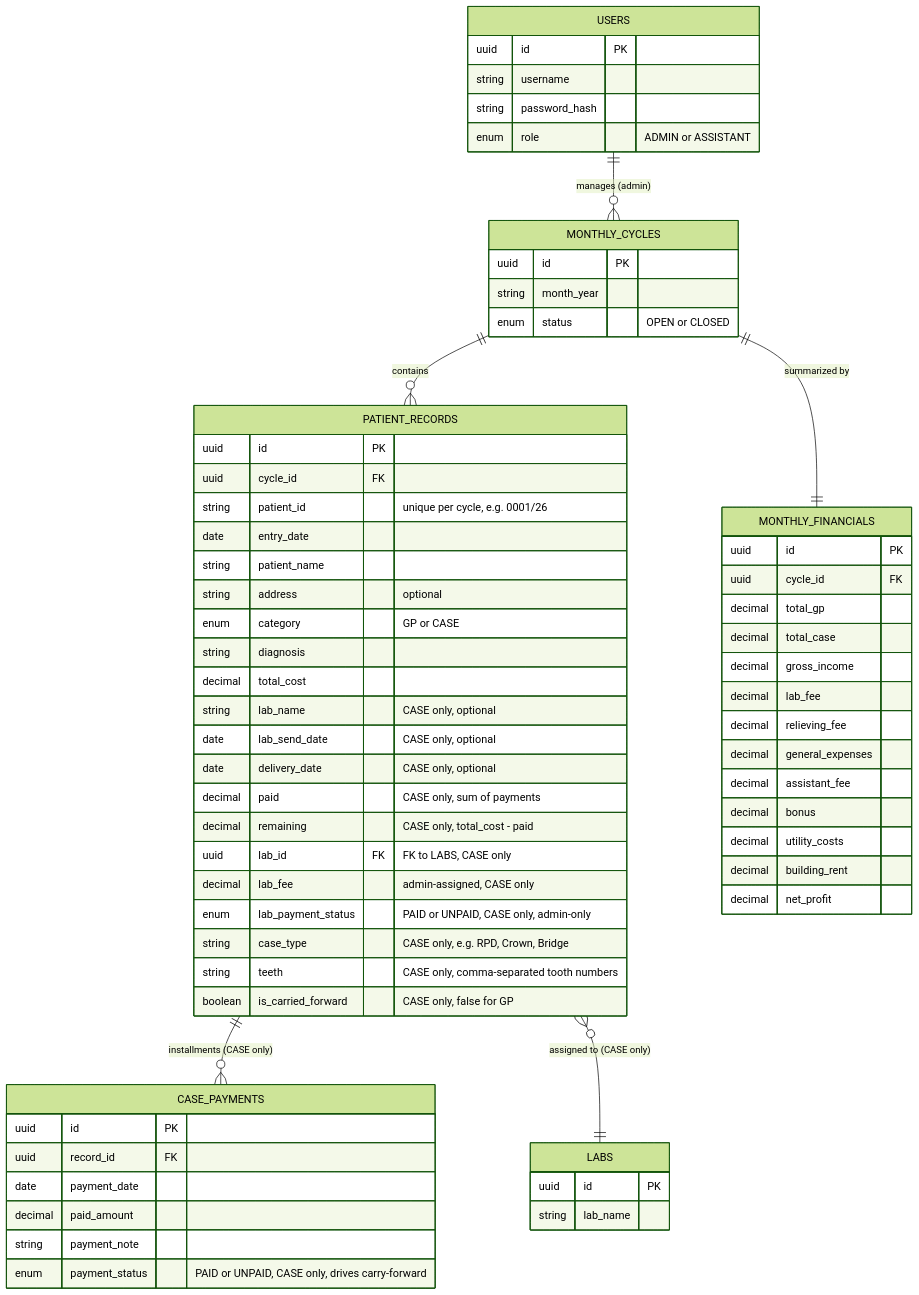
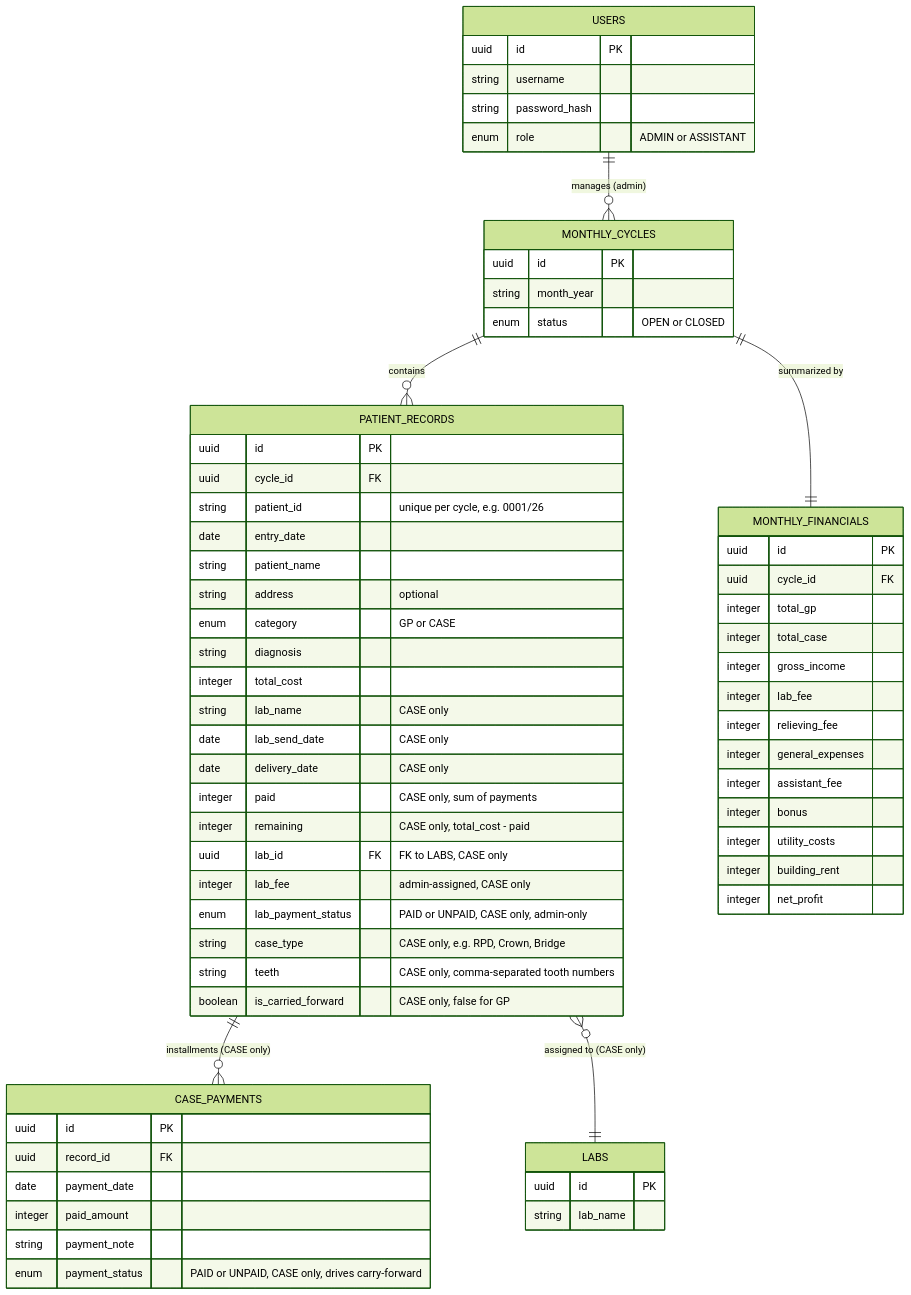
The diagram in docs/dc-fms-erd.mmd (kaungmyatshwe1397/df-dashboard), drawn with Mermaid (forest theme) before and after one commit. The commit also changed 12 other files, not shown here.

```diff
--- a/docs/dc-fms-erd.mmd
+++ b/docs/dc-fms-erd.mmd
@@ -1,79 +1,79 @@
 erDiagram
     USERS ||--o{ MONTHLY_CYCLES : "manages (admin)"
     MONTHLY_CYCLES ||--o{ PATIENT_RECORDS : "contains"
     PATIENT_RECORDS ||--o{ CASE_PAYMENTS : "installments (CASE only)"
     PATIENT_RECORDS }o--|| LABS : "assigned to (CASE only)"
     MONTHLY_CYCLES ||--|| MONTHLY_FINANCIALS : "summarized by"
 
     USERS {
         uuid id PK
         string username
         string password_hash
         enum role "ADMIN or ASSISTANT"
     }
 
     MONTHLY_CYCLES {
         uuid id PK
         string month_year
         enum status "OPEN or CLOSED"
     }
 
     LABS {
         uuid id PK
         string lab_name
     }
 
     PATIENT_RECORDS {
         uuid id PK
         uuid cycle_id FK
         string patient_id "unique per cycle, e.g. 0001/26"
         date entry_date
         string patient_name
         string address "optional"
         enum category "GP or CASE"
         string diagnosis
-        decimal total_cost
-        string lab_name "CASE only, optional"
-        date lab_send_date "CASE only, optional"
-        date delivery_date "CASE only, optional"
-        decimal paid "CASE only, sum of payments"
-        decimal remaining "CASE only, total_cost - paid"
+        integer total_cost
+        string lab_name "CASE only"
+        date lab_send_date "CASE only"
+        date delivery_date "CASE only"
+        integer paid "CASE only, sum of payments"
+        integer remaining "CASE only, total_cost - paid"
         uuid lab_id FK "FK to LABS, CASE only"
-        decimal lab_fee "admin-assigned, CASE only"
+        integer lab_fee "admin-assigned, CASE only"
         enum lab_payment_status "PAID or UNPAID, CASE only, admin-only"
         string case_type "CASE only, e.g. RPD, Crown, Bridge"
         string teeth "CASE only, comma-separated tooth numbers"
         boolean is_carried_forward "CASE only, false for GP"
     }
 
     CASE_PAYMENTS {
         uuid id PK
         uuid record_id FK
         date payment_date
-        decimal paid_amount
+        integer paid_amount
         string payment_note
         enum payment_status "PAID or UNPAID, CASE only, drives carry-forward"
     }
 
     MONTHLY_FINANCIALS {
         uuid id PK
         uuid cycle_id FK
-        decimal total_gp
-        decimal total_case
-        decimal gross_income
-        decimal lab_fee
-        decimal relieving_fee
-        decimal general_expenses
-        decimal assistant_fee
-        decimal bonus
-        decimal utility_costs
-        decimal building_rent
-        decimal net_profit
+        integer total_gp
+        integer total_case
+        integer gross_income
+        integer lab_fee
+        integer relieving_fee
+        integer general_expenses
+        integer assistant_fee
+        integer bonus
+        integer utility_costs
+        integer building_rent
+        integer net_profit
     }
 
     %% UI Display Note:
     %% Record table is split into two tabbed views:
     %%   Tab 1: GP Records (entry_date, patient_name, diagnosis, total_cost)
     %%   Tab 2: Case Records (entry_date, patient_name, diagnosis, total_cost, balance, status, carried-forward)
     %% GP has no installments, no balance, no status column.
     %% Case tracks installments via CASE_PAYMENTS, shows balance and status.
```
